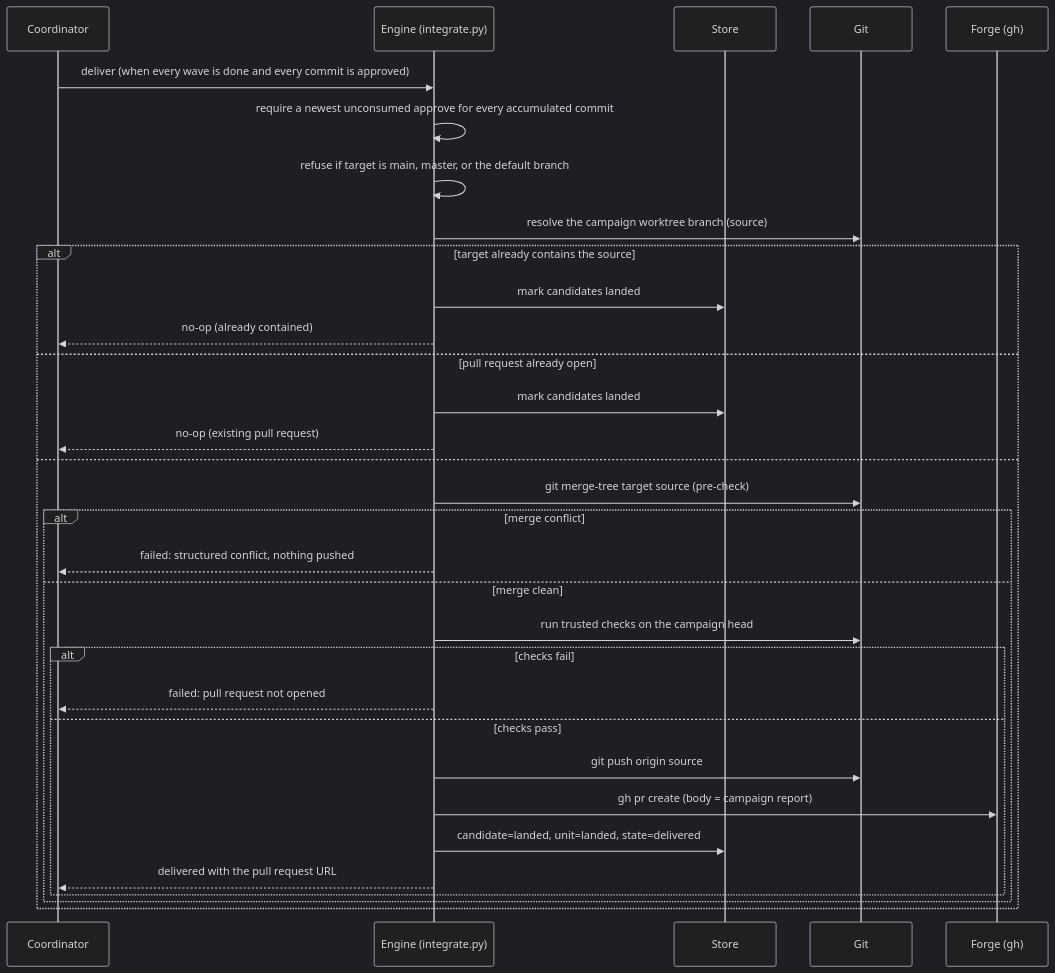
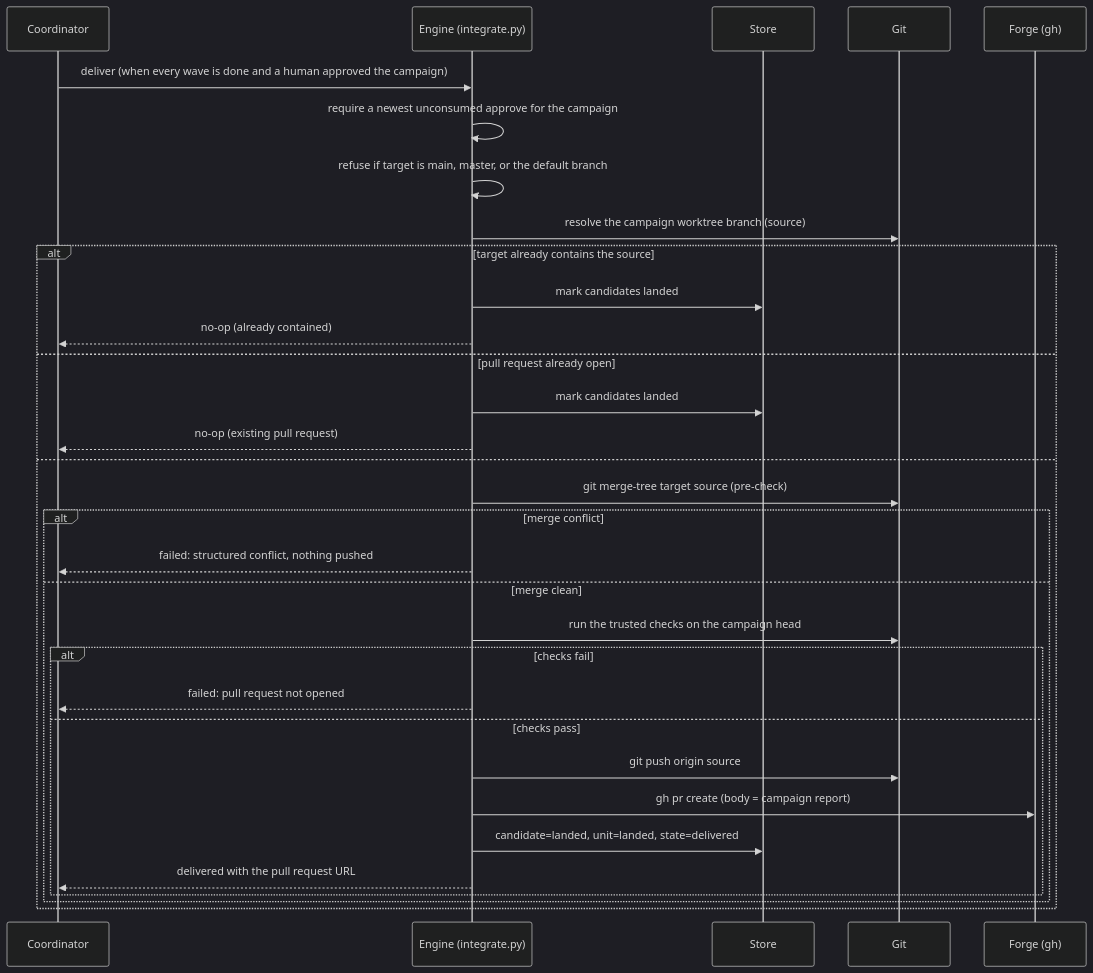
One commit to ming6ao/sliceme changed the eighth of 10 diagrams in docs/architecture.md. Above: the diagram before and after it, drawn with Mermaid (dark theme). The commit also changed other lines of this file and 77 other files, not shown here.

````diff
--- a/docs/architecture.md
+++ b/docs/architecture.md
@@ -332,35 +337,35 @@
 ```mermaid
 sequenceDiagram
   participant C as Coordinator
   participant E as Engine (integrate.py)
   participant D as Store
   participant G as Git
   participant F as Forge (gh)
 
-  C->>E: deliver (when every wave is done and every commit is approved)
-  E->>E: require a newest unconsumed approve for every accumulated commit
+  C->>E: deliver (when every wave is done and a human approved the campaign)
+  E->>E: require a newest unconsumed approve for the campaign
   E->>E: refuse if target is main, master, or the default branch
   E->>G: resolve the campaign worktree branch (source)
   alt target already contains the source
     E->>D: mark candidates landed
     E-->>C: no-op (already contained)
   else pull request already open
     E->>D: mark candidates landed
     E-->>C: no-op (existing pull request)
   else
     E->>G: git merge-tree target source (pre-check)
     alt merge conflict
       E-->>C: failed: structured conflict, nothing pushed
     else merge clean
-      E->>G: run trusted checks on the campaign head
+      E->>G: run the trusted checks on the campaign head
       alt checks fail
         E-->>C: failed: pull request not opened
       else checks pass
         E->>G: git push origin source
         E->>F: gh pr create (body = campaign report)
         E->>D: candidate=landed, unit=landed, state=delivered
         E-->>C: delivered with the pull request URL
       end
     end
   end
 ```
````
